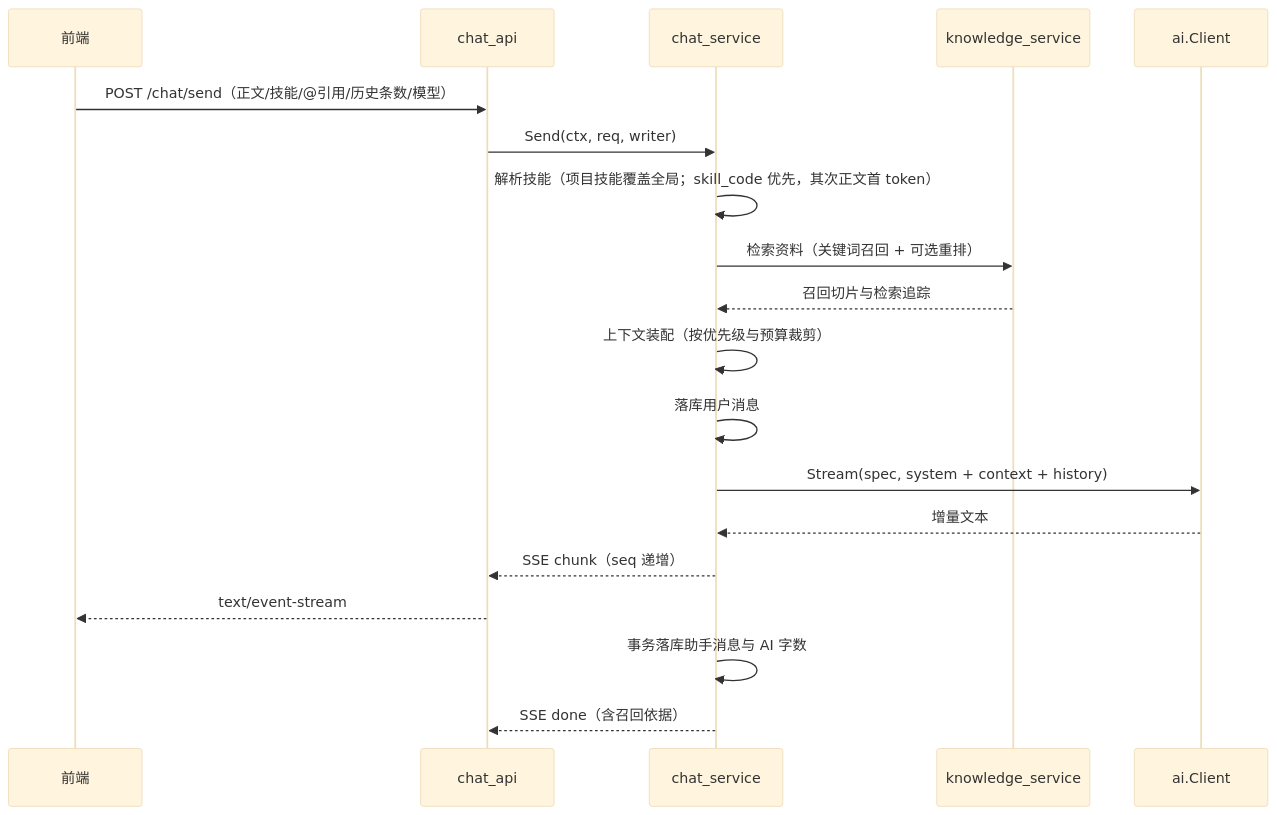
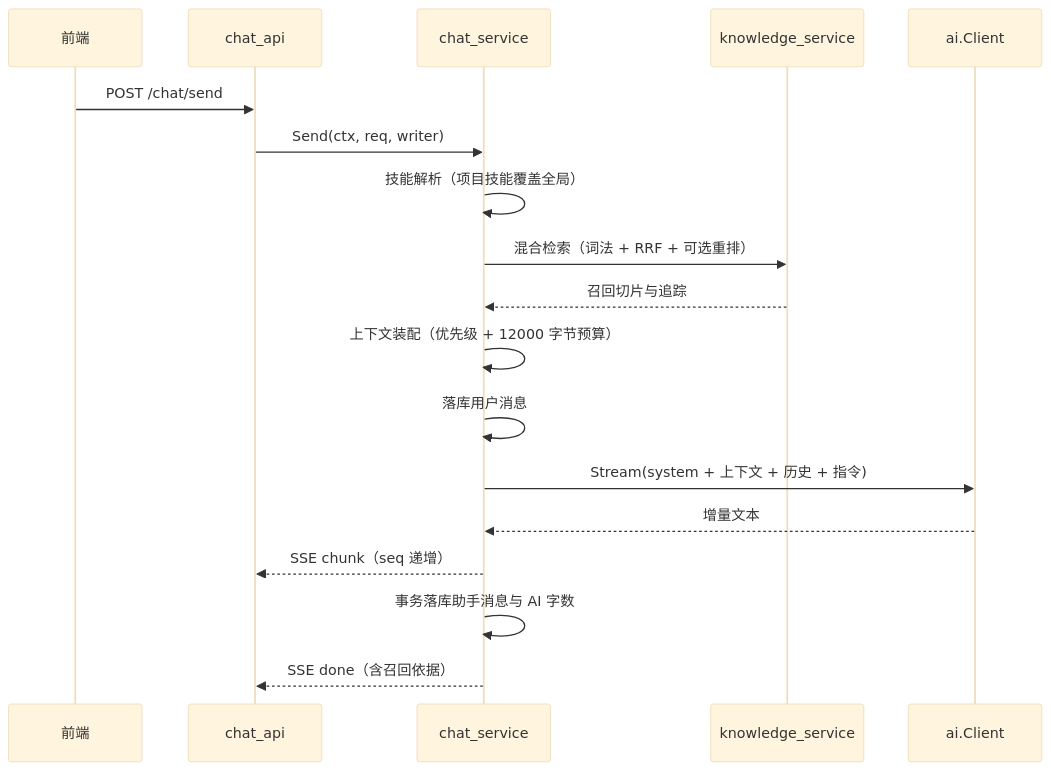
Before and after one commit to 2132691342/NovelWorkbench: the second of 2 diagrams in doc/architecture.md, drawn with Mermaid (base theme). The commit also changed other lines of this file and 74 other files, not shown here.

````diff
--- a/doc/architecture.md
+++ b/doc/architecture.md
@@ -175,21 +172,20 @@
 ```mermaid
 sequenceDiagram
   participant FE as 前端
   participant API as chat_api
   participant SVC as chat_service
   participant RAG as knowledge_service
   participant AI as ai.Client
-  FE->>API: POST /chat/send（正文/技能/@引用/历史条数/模型）
+  FE->>API: POST /chat/send
   API->>SVC: Send(ctx, req, writer)
-  SVC->>SVC: 解析技能（项目技能覆盖全局；skill_code 优先，其次正文首 token）
-  SVC->>RAG: 检索资料（关键词召回 + 可选重排）
-  RAG-->>SVC: 召回切片与检索追踪
-  SVC->>SVC: 上下文装配（按优先级与预算裁剪）
+  SVC->>SVC: 技能解析（项目技能覆盖全局）
+  SVC->>RAG: 混合检索（词法 + RRF + 可选重排）
+  RAG-->>SVC: 召回切片与追踪
+  SVC->>SVC: 上下文装配（优先级 + 12000 字节预算）
   SVC->>SVC: 落库用户消息
-  SVC->>AI: Stream(spec, system + context + history)
+  SVC->>AI: Stream(system + 上下文 + 历史 + 指令)
   AI-->>SVC: 增量文本
   SVC-->>API: SSE chunk（seq 递增）
-  API-->>FE: text/event-stream
   SVC->>SVC: 事务落库助手消息与 AI 字数
   SVC-->>API: SSE done（含召回依据）
 ```
````
